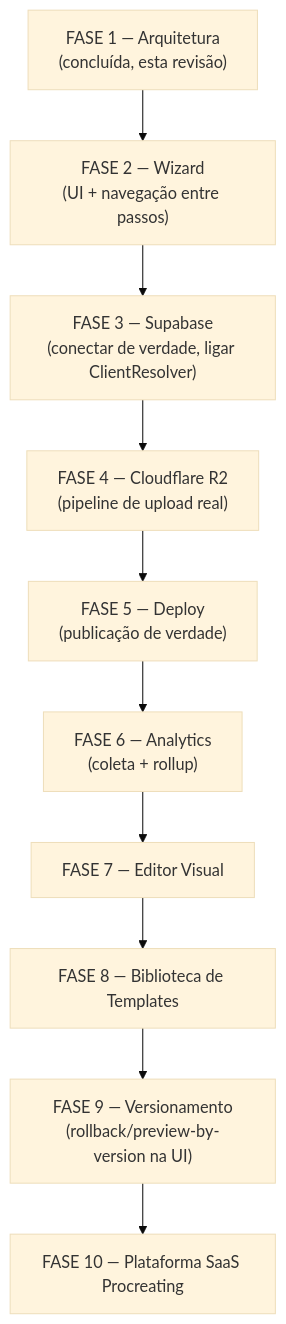
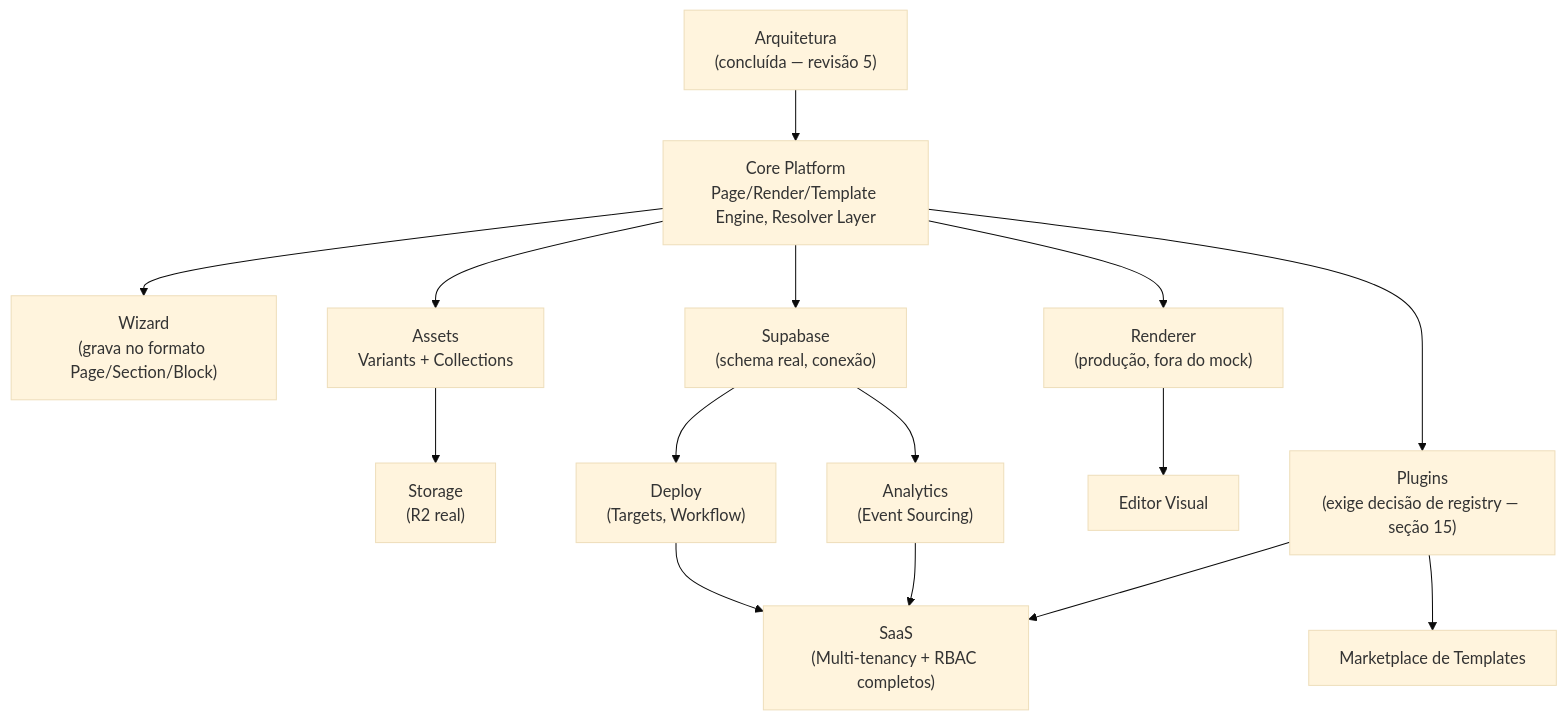
One commit to procreating-co/procreating changed the fourth of 4 diagrams in docs/project-creation.md. Above: the diagram before and after it, drawn with Mermaid (base theme). The commit also changed other lines of this file and 1 other file, not shown here.

````diff
--- a/docs/project-creation.md
+++ b/docs/project-creation.md
@@ -713,12 +716,17 @@
 ```mermaid
 flowchart TD
-  F1["FASE 1 — Arquitetura\n(concluída, esta revisão)"] --> F2["FASE 2 — Wizard\n(UI + navegação entre passos)"]
-  F2 --> F3["FASE 3 — Supabase\n(conectar de verdade, ligar ClientResolver)"]
-  F3 --> F4["FASE 4 — Cloudflare R2\n(pipeline de upload real)"]
-  F4 --> F5["FASE 5 — Deploy\n(publicação de verdade)"]
-  F5 --> F6["FASE 6 — Analytics\n(coleta + rollup)"]
-  F6 --> F7["FASE 7 — Editor Visual"]
-  F7 --> F8["FASE 8 — Biblioteca de Templates"]
-  F8 --> F9["FASE 9 — Versionamento\n(rollback/preview-by-version na UI)"]
-  F9 --> F10["FASE 10 — Plataforma SaaS Procreating"]
+  ARCH["Arquitetura\n(concluída — revisão 5)"] --> CORE["Core Platform\nPage/Render/Template Engine, Resolver Layer"]
+  CORE --> WIZ["Wizard\n(grava no formato Page/Section/Block)"]
+  CORE --> ASSETS["Assets\nVariants + Collections"]
+  CORE --> SUPA["Supabase\n(schema real, conexão)"]
+  ASSETS --> STORAGE["Storage\n(R2 real)"]
+  SUPA --> DEPLOY["Deploy\n(Targets, Workflow)"]
+  SUPA --> ANALYTICS["Analytics\n(Event Sourcing)"]
+  CORE --> RENDER["Renderer\n(produção, fora do mock)"]
+  RENDER --> EDITOR["Editor Visual"]
+  CORE --> PLUGINS["Plugins\n(exige decisão de registry — seção 15)"]
+  PLUGINS --> MARKET["Marketplace de Templates"]
+  DEPLOY --> SAAS["SaaS\n(Multi-tenancy + RBAC completos)"]
+  ANALYTICS --> SAAS
+  PLUGINS --> SAAS
 ```
````
